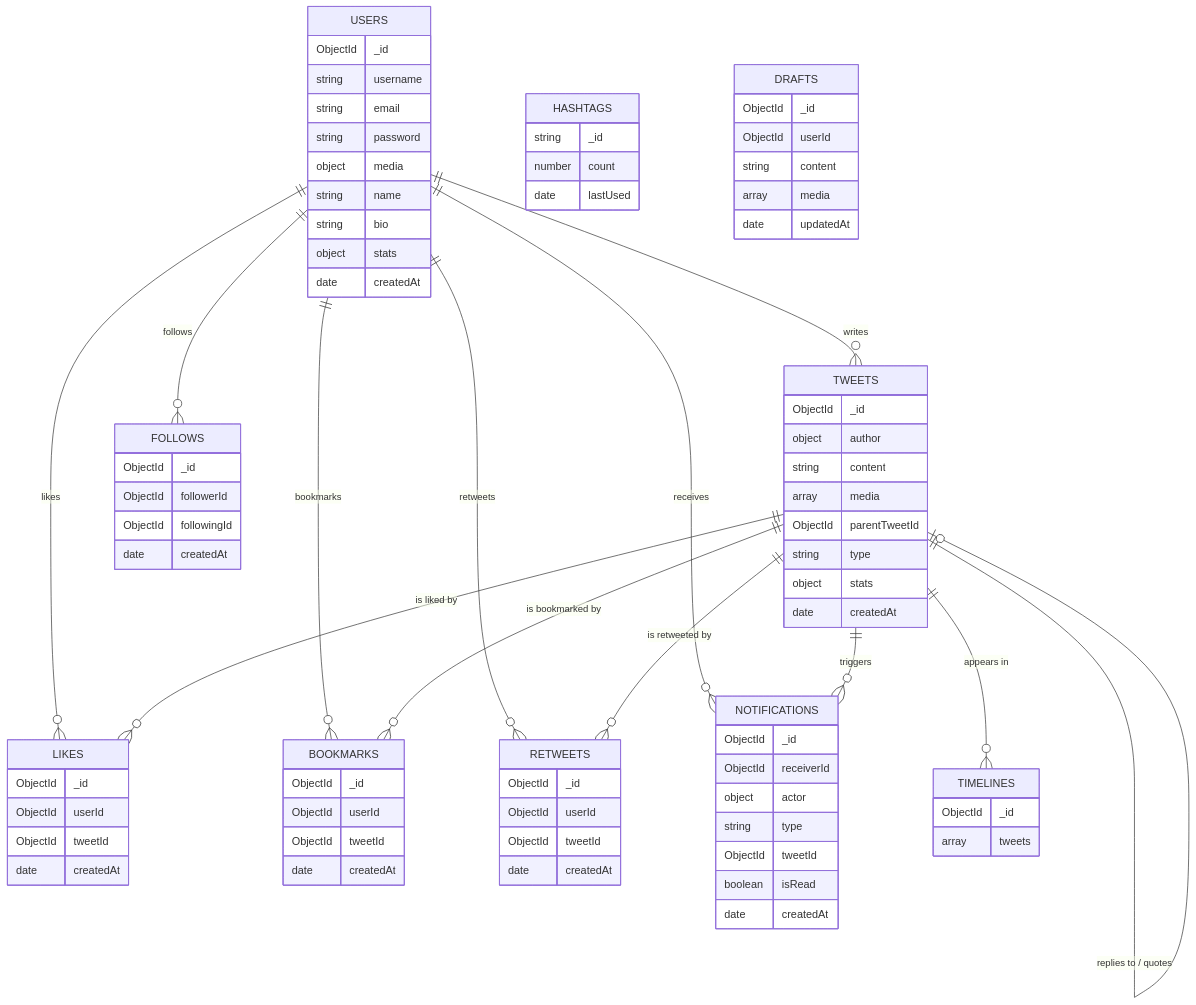
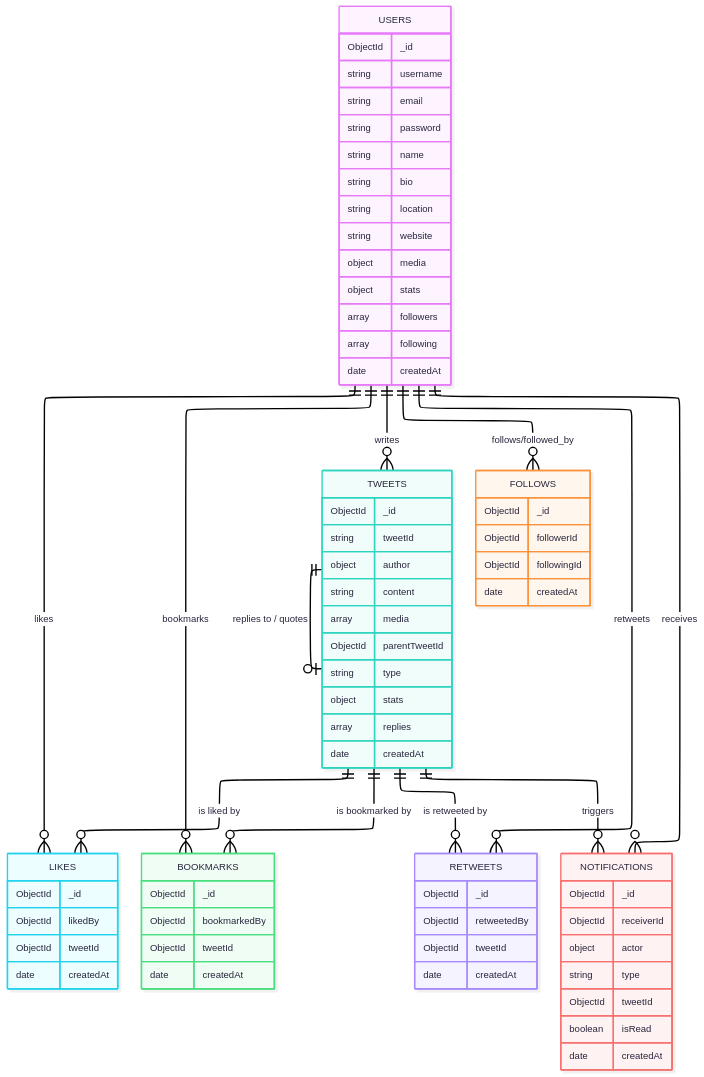
One commit to hafsahha/xkw changed the diagram in README.md. Above: the diagram before and after it, drawn with Mermaid.

Commit message:
feat: update ER diagram and database structure in README.md to include new fields and relationships

````diff
--- a/README.md
+++ b/README.md
@@ -81,57 +81,62 @@
 ```mermaid
+---
+config:
+  layout: elk
+  look: neo
+  theme: redux-color
+---
 erDiagram
-
     USERS {
         ObjectId _id
         string username
         string email
         string password
-        object media
         string name
         string bio
+        string location
+        string website
+        object media
         object stats
+        array followers
+        array following
         date createdAt
     }
-
     TWEETS {
         ObjectId _id
+        string tweetId
         object author
         string content
         array media
         ObjectId parentTweetId
         string type
         object stats
+        array replies
         date createdAt
     }
-
     FOLLOWS {
         ObjectId _id
         ObjectId followerId
         ObjectId followingId
         date createdAt
     }
-
     LIKES {
         ObjectId _id
-        ObjectId userId
+        ObjectId likedBy
         ObjectId tweetId
         date createdAt
     }
-
     BOOKMARKS {
         ObjectId _id
-        ObjectId userId
+        ObjectId bookmarkedBy
         ObjectId tweetId
         date createdAt
     }
-
     RETWEETS {
         ObjectId _id
-        ObjectId userId
+        ObjectId retweetedBy
         ObjectId tweetId
         date createdAt
     }
-
     NOTIFICATIONS {
         ObjectId _id
         ObjectId receiverId
@@ -141,37 +146,15 @@
         boolean isRead
         date createdAt
     }
-
-    HASHTAGS {
-        string _id
-        number count
-        date lastUsed
-    }
-
-    TIMELINES {
-        ObjectId _id
-        array tweets
-    }
-
-    DRAFTS {
-        ObjectId _id
-        ObjectId userId
-        string content
-        array media
-        date updatedAt
-    }
     USERS ||--o{ TWEETS : "writes"
-    USERS ||--o{ FOLLOWS : "follows"
+    USERS ||--o{ FOLLOWS : "follows/followed_by"
     USERS ||--o{ LIKES : "likes"
     USERS ||--o{ BOOKMARKS : "bookmarks"
     USERS ||--o{ RETWEETS : "retweets"
     USERS ||--o{ NOTIFICATIONS : "receives"
-
     TWEETS ||--o{ LIKES : "is liked by"
     TWEETS ||--o{ RETWEETS : "is retweeted by"
     TWEETS ||--o{ BOOKMARKS : "is bookmarked by"
     TWEETS ||--o{ NOTIFICATIONS : "triggers"
-    TWEETS ||--o{ TIMELINES : "appears in"
-
     TWEETS ||--o| TWEETS : "replies to / quotes"
 ```
````
